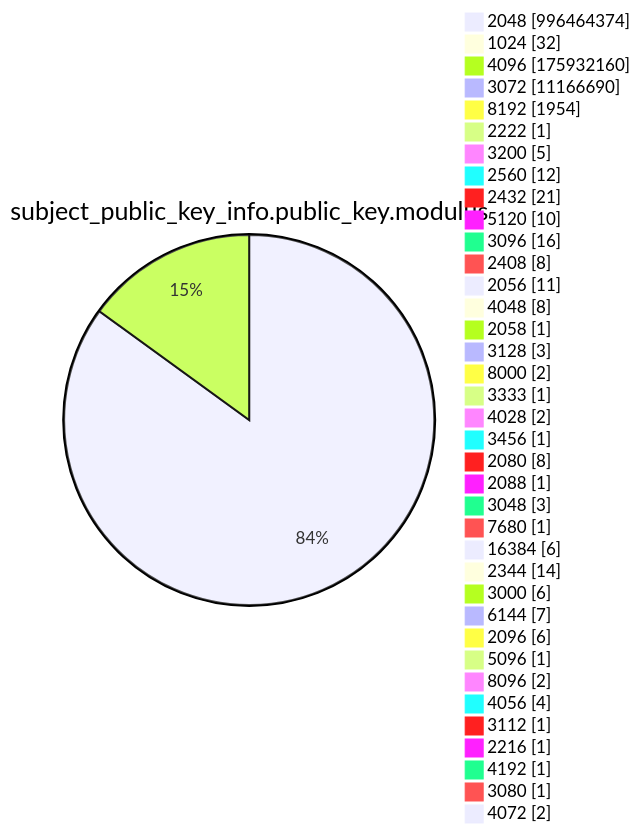
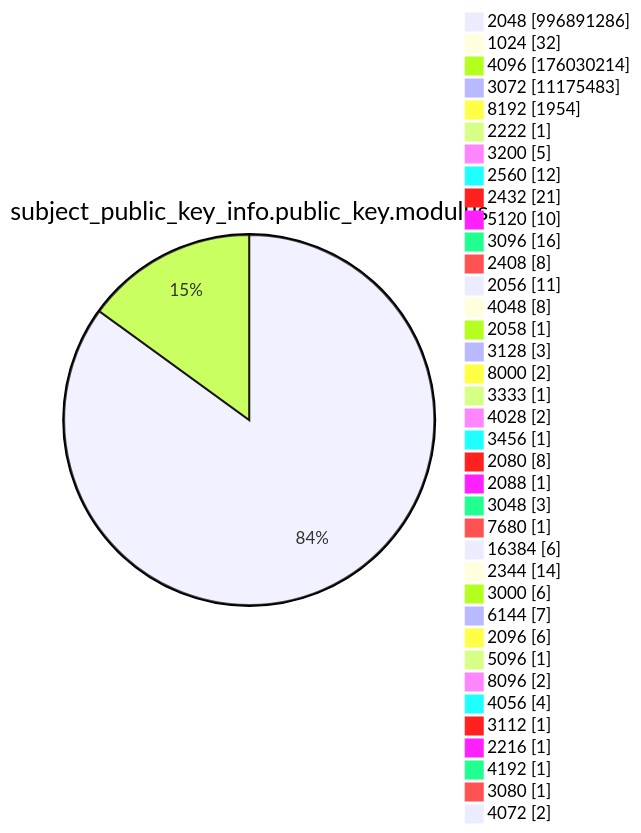
Diagram 13 of 15 in argon2022/README.md (christiankrug/ctmonitor_visualization), drawn with Mermaid before and after one commit. The commit also changed other lines of this file, not shown here.

````diff
--- a/argon2022/README.md
+++ b/argon2022/README.md
@@ -3587,41 +3587,41 @@
 ```mermaid
 pie showData
 title subject_public_key_info.public_key.modulus
-"2048" :996464374
+"2048" :996891286
 "1024" :32
-"4096" :175932160
-"3072" :11166690
+"4096" :176030214
+"3072" :11175483
 "8192" :1954
 "2222" :1
 "3200" :5
 "2560" :12
 "2432" :21
 "5120" :10
 "3096" :16
 "2408" :8
 "2056" :11
 "4048" :8
 "2058" :1
 "3128" :3
 "8000" :2
 "3333" :1
 "4028" :2
 "3456" :1
 "2080" :8
 "2088" :1
 "3048" :3
 "7680" :1
 "16384" :6
 "2344" :14
 "3000" :6
 "6144" :7
 "2096" :6
 "5096" :1
 "8096" :2
 "4056" :4
 "3112" :1
 "2216" :1
 "4192" :1
 "3080" :1
 "4072" :2
 ```
````
